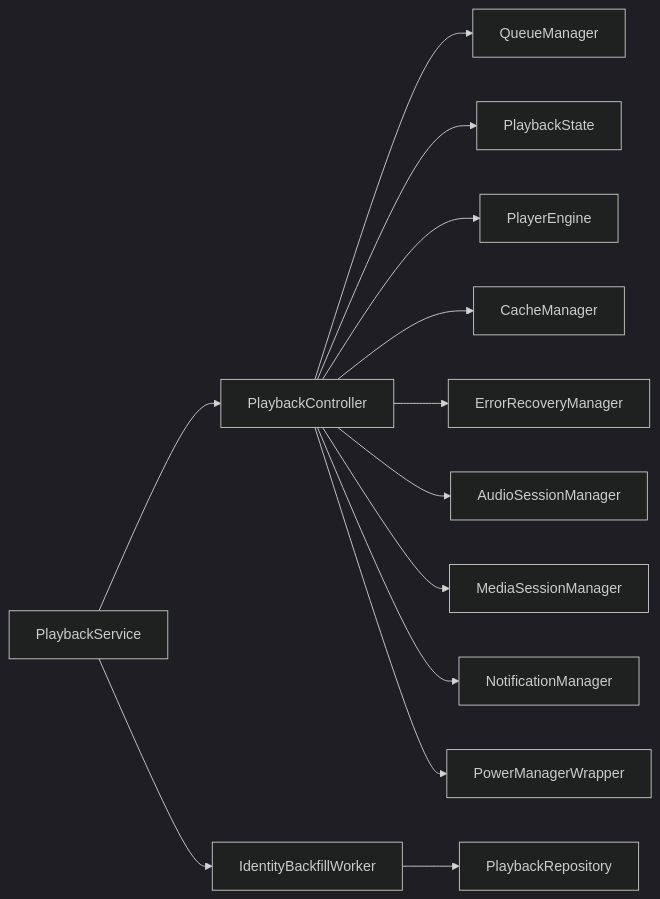
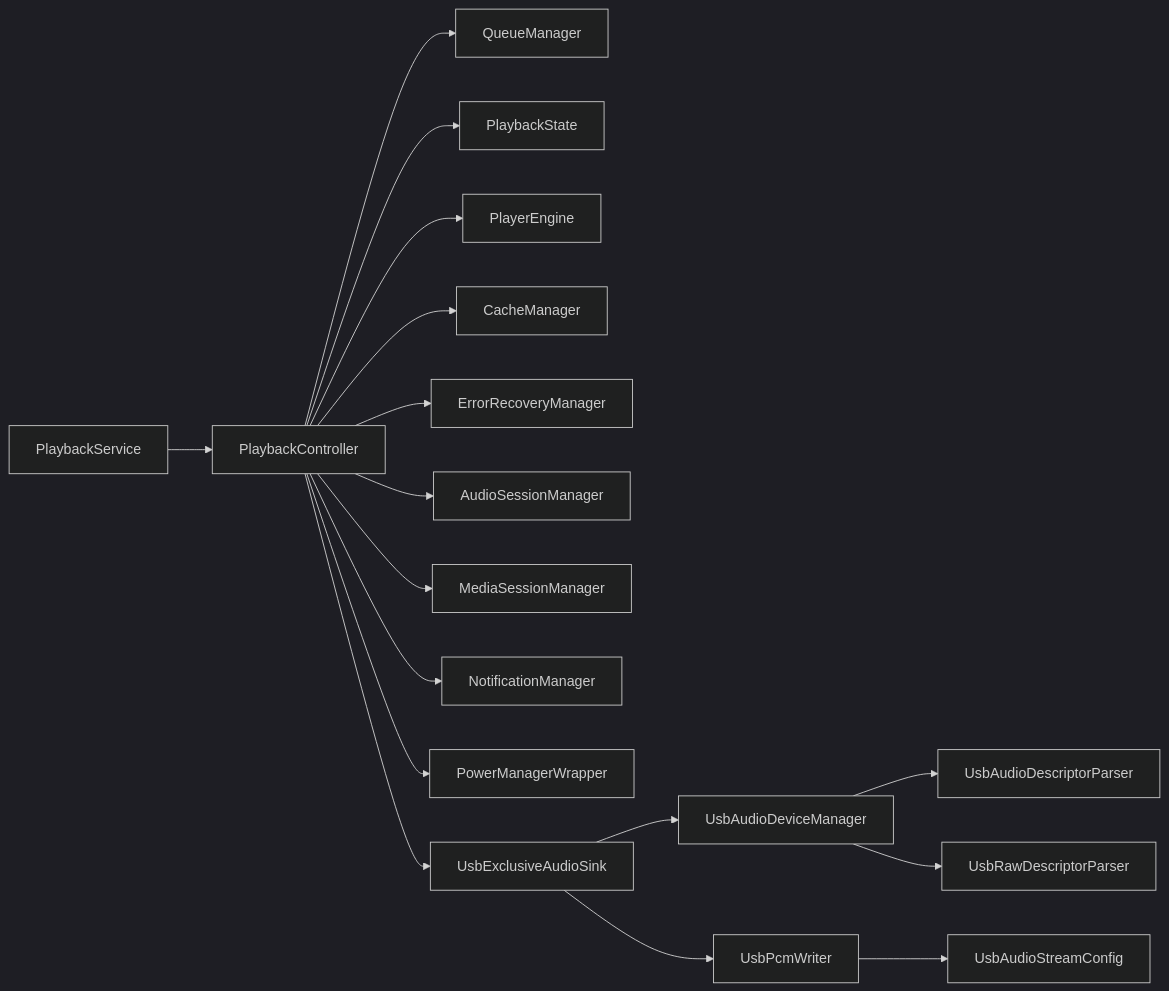
Before and after one commit to ysyhlly/Yukine-android: the seventh of 7 diagrams in .qoder/repowiki/zh/content/播放系统/播放系统.md, drawn with Mermaid (dark theme). The commit also changed other lines of this file and 254 other files, not shown here.

````diff
--- a/.qoder/repowiki/zh/content/播放系统/播放系统.md
+++ b/.qoder/repowiki/zh/content/播放系统/播放系统.md
@@ -543,15 +598,19 @@
 ```mermaid
 graph LR
 PService["PlaybackService"] --> PController["PlaybackController"]
-PService --> IdentityWorker["IdentityBackfillWorker"]
 PController --> QueueMgr["QueueManager"]
 PController --> State["PlaybackState"]
 PController --> PlayerEng["PlayerEngine"]
 PController --> CacheMgr["CacheManager"]
 PController --> ErrRec["ErrorRecoveryManager"]
 PController --> AudioSess["AudioSessionManager"]
 PController --> MediaSess["MediaSessionManager"]
 PController --> Notify["NotificationManager"]
 PController --> PowerWrap["PowerManagerWrapper"]
-IdentityWorker --> Repo["PlaybackRepository"]
+PController --> UsbSink["UsbExclusiveAudioSink"]
+UsbSink --> UsbDev["UsbAudioDeviceManager"]
+UsbSink --> UsbWriter["UsbPcmWriter"]
+UsbDev --> UsbDesc["UsbAudioDescriptorParser"]
+UsbDev --> UsbRaw["UsbRawDescriptorParser"]
+UsbWriter --> UsbCfg["UsbAudioStreamConfig"]
 ```
````
